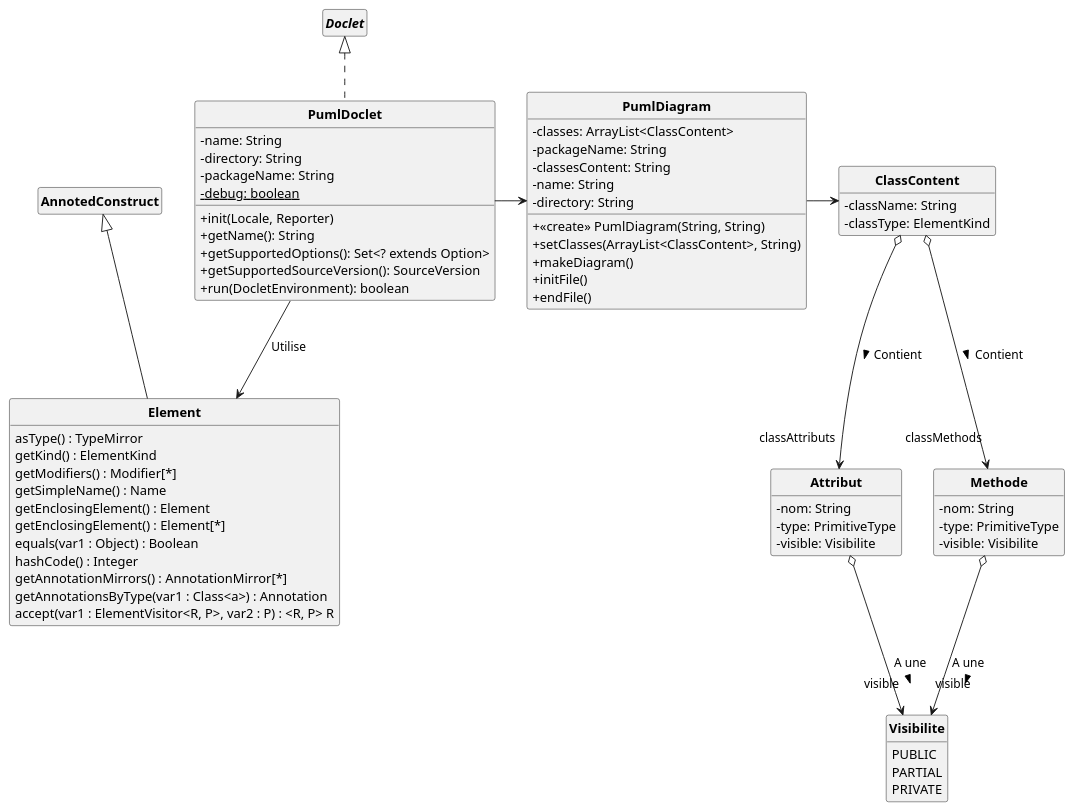
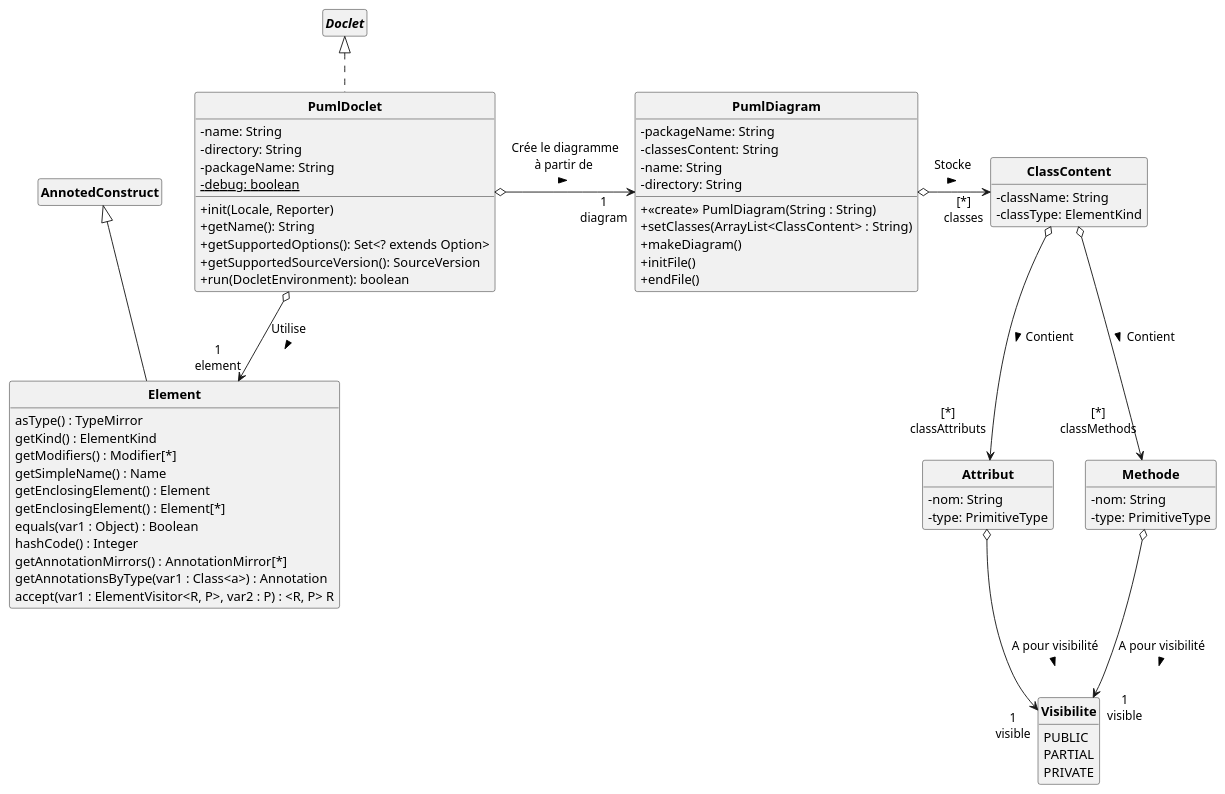
One commit to DimToups/Java-to-PUML-converter changed the diagram in uml/pumlFromJavaDCC.puml. Above: the diagram before and after it, drawn with PlantUML. The commit also changed 2 other files, not shown here.

Commit message:
[Semaine2] Finalisation du DCA et du DCC de l'API pumlFromJava

```diff
--- a/uml/pumlFromJavaDCC.puml
+++ b/uml/pumlFromJavaDCC.puml
@@ -1,84 +1,81 @@
 @startuml
 'https://plantuml.com/class-diagram
 
 skinparam style strictuml
 skinparam classAttributeIconSize 0
 skinparam classFontStyle Bold
 
 hide empty members
 
 class PumlDoclet implements Doclet{
     - name: String
     - directory: String
     - packageName: String
     - {static}debug: boolean
 
     + init(Locale, Reporter)
     + getName(): String
     + getSupportedOptions(): Set<? extends Option>
     + getSupportedSourceVersion(): SourceVersion
     + run(DocletEnvironment): boolean
 }
 
 class PumlDiagram {
-    - classes: ArrayList<ClassContent>
     - packageName: String
     - classesContent: String
     - name: String
     - directory: String
 
-    + <<create>> PumlDiagram(String, String)
-    + setClasses(ArrayList<ClassContent>, String)
+    + <<create>> PumlDiagram(String : String)
+    + setClasses(ArrayList<ClassContent> : String)
     + makeDiagram()
     + initFile()
     + endFile()
 }
 
-PumlDoclet -> PumlDiagram
-PumlDoclet -d-> Element : Utilise \n
-PumlDiagram -> ClassContent
+PumlDoclet o-> "1\ndiagram" PumlDiagram : Crée le diagramme\nà partir de \n >
+PumlDoclet o-d-> "1\nelement" Element : Utilise \n >
+PumlDiagram o-> "[*]\nclasses" ClassContent : Stocke \n >
 
 class Element extends AnnotedConstruct {
     asType() : TypeMirror
     getKind() : ElementKind
     getModifiers() : Modifier[*]
     getSimpleName() : Name
     getEnclosingElement() : Element
     getEnclosingElement() : Element[*]
     equals(var1 : Object) : Boolean
     hashCode() : Integer
     getAnnotationMirrors() : AnnotationMirror[*]
     getAnnotationsByType(var1 : Class<a>) : Annotation
     accept(var1 : ElementVisitor<R, P>, var2 : P) : <R, P> R
 }
 
 class ClassContent {
     - className: String
     - classType: ElementKind
 }
 
 class Attribut {
     - nom: String
     - type: PrimitiveType
-    - visible: Visibilite
 }
 
 class Methode {
     - nom: String
     - type: PrimitiveType
-    - visible: Visibilite
 }
 
 enum Visibilite {
     PUBLIC
     PARTIAL
     PRIVATE
 }
 
-Attribut o-d-> "visible\n" Visibilite : A une \n >
-Methode o-d-> "visible\n" Visibilite : A une \n >
-ClassContent o-d-> "classMethods\n" Methode : Contient \t >
-ClassContent o-d-> "classAttributs\n" Attribut : Contient \t >
+Attribut o-d-> "1\nvisible\n" Visibilite : A pour visibilité \n >
+Methode o-d-> "1\nvisible\n" Visibilite : A pour visibilité \n >
+ClassContent o-d-> "[*]\nclassMethods\n" Methode : Contient \t >
+ClassContent o-d-> "[*]\nclassAttributs\n" Attribut : Contient \t >
 
 
 @enduml
```
